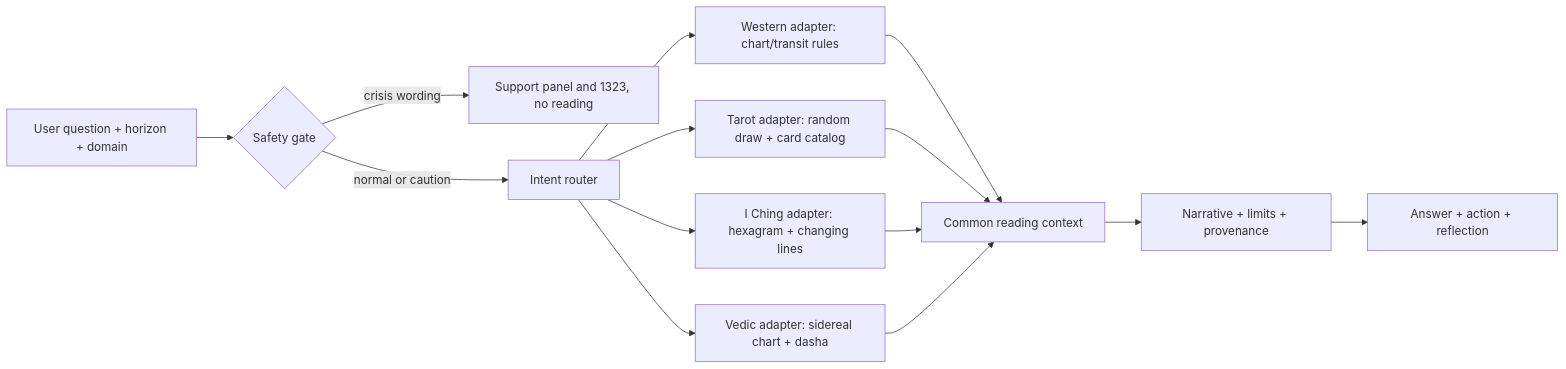
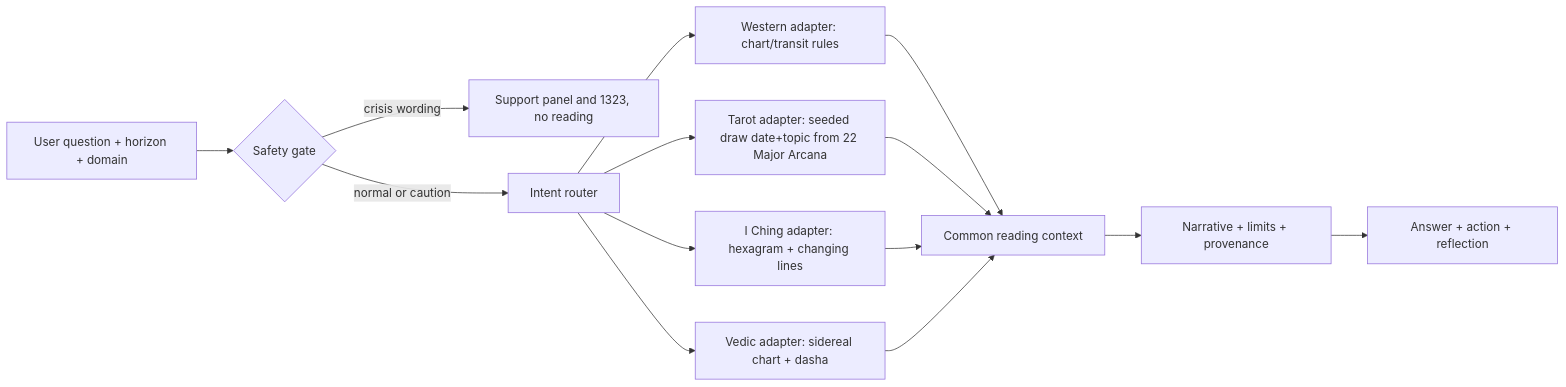
The first of 3 diagrams in ANSWER.md (Dxrksvng/AIdailyFortune), drawn with Mermaid before and after one commit. The commit also changed other lines of this file and 4 other files, not shown here.

````diff
--- a/ANSWER.md
+++ b/ANSWER.md
@@ -80,16 +80,16 @@
 ```mermaid
 flowchart LR
     Q[User question + horizon + domain] --> G{Safety gate}
     G -->|crisis wording| H[Support panel and 1323, no reading]
     G -->|normal or caution| R[Intent router]
     R --> W[Western adapter: chart/transit rules]
-    R --> T[Tarot adapter: random draw + card catalog]
+    R --> T[Tarot adapter: seeded draw date+topic from 22 Major Arcana]
     R --> I[I Ching adapter: hexagram + changing lines]
     R --> V[Vedic adapter: sidereal chart + dasha]
     W --> C[Common reading context]
     T --> C
     I --> C
     V --> C
     C --> N[Narrative + limits + provenance]
     N --> F[Answer + action + reflection]
 ```
````
